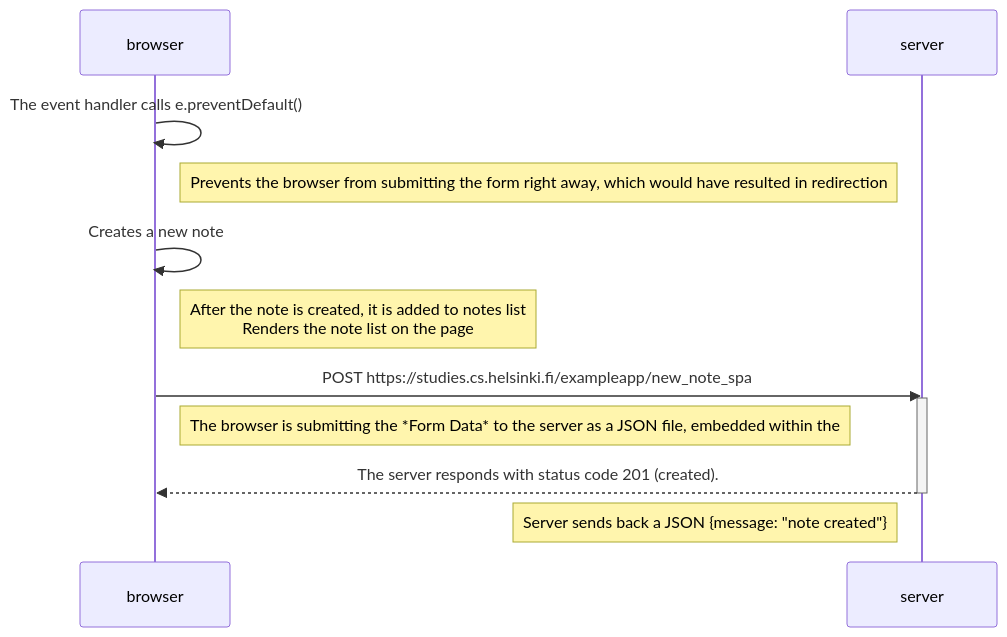
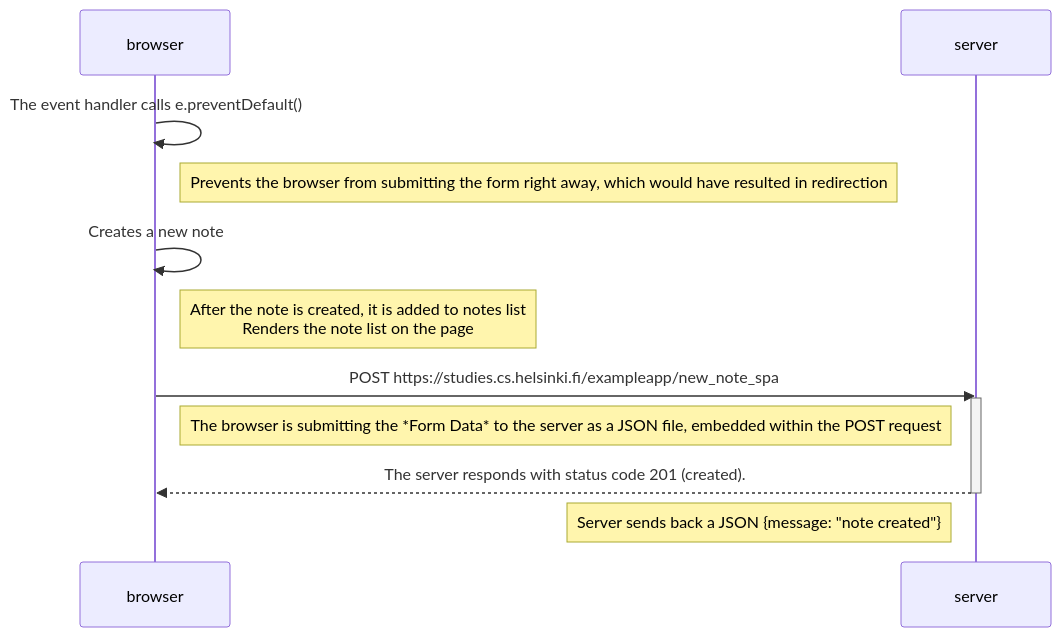
Before and after one commit to KiruF/FullstackOpenCourse: the diagram in Part0/exercise_06_new-note-in-Single-page-app-diagram.md, drawn with Mermaid.

Commit message:
finished sentence

````diff
--- a/Part0/exercise_06_new-note-in-Single-page-app-diagram.md
+++ b/Part0/exercise_06_new-note-in-Single-page-app-diagram.md
@@ -1,25 +1,25 @@
 ```mermaid
 
 sequenceDiagram
 
 participant browser
 participant server
 
 
 browser->>browser: The event handler calls e.preventDefault()
 Note right of browser: Prevents the browser from submitting the form right away, which would have resulted in redirection
 
 
 browser->>browser: Creates a new note
 Note right of browser: After the note is created, it is added to notes list<br>Renders the note list on the page
 
 
 browser->>server: POST https://studies.cs.helsinki.fi/exampleapp/new_note_spa
 activate server
-Note right of browser: The browser is submitting the *Form Data* to the server as a JSON file, embedded within the 
+Note right of browser: The browser is submitting the *Form Data* to the server as a JSON file, embedded within the POST request
 
 server-->>browser: The server responds with status code 201 (created).
 deactivate server
 Note left of server: Server sends back a JSON {message: "note created"}
 
 ```
````
